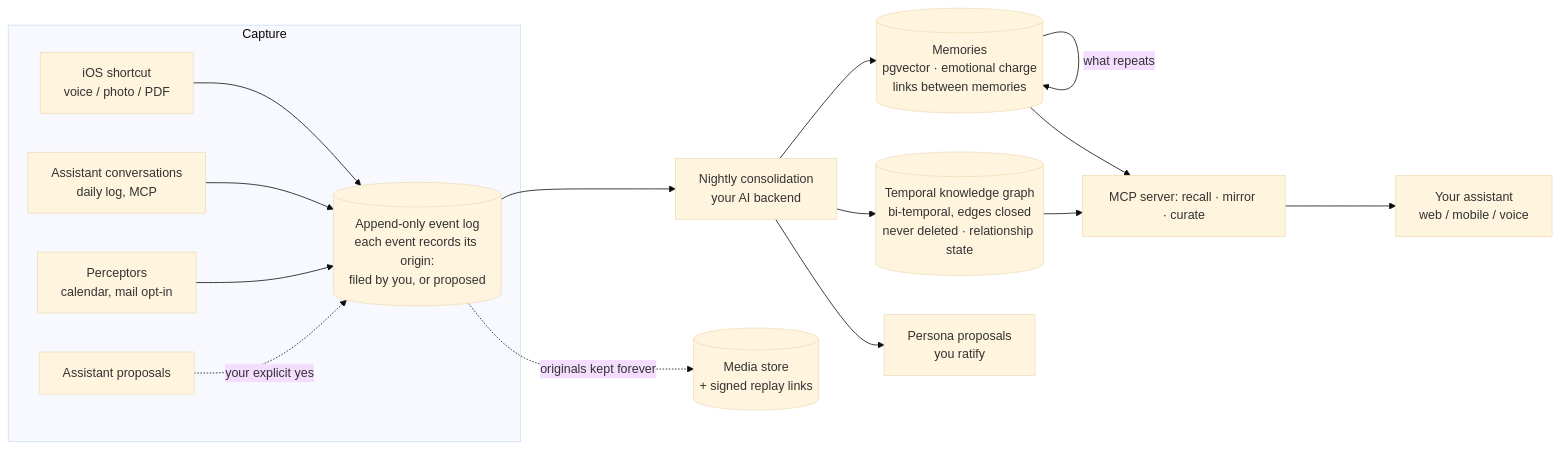
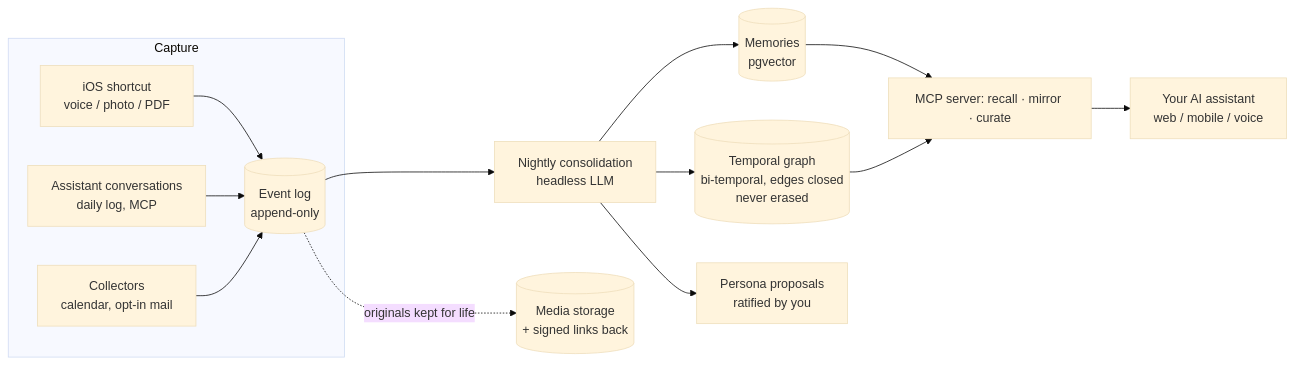
One commit to Pensine/souvenance.me changed the diagram in README.md. Above: the diagram before and after it, drawn with Mermaid (base theme). The commit also changed other lines of this file and 246 other files, not shown here.

````diff
--- a/README.md
+++ b/README.md
@@ -89,17 +105,15 @@
 ```mermaid
 flowchart LR
     subgraph capture [Capture]
         A[iOS shortcut<br>voice / photo / PDF] --> E
         B[Assistant conversations<br>daily log, MCP] --> E
-        C[Perceptors<br>calendar, mail opt-in] --> E
-        D[Assistant proposals] -.your explicit yes.-> E
+        C[Collectors<br>calendar, opt-in mail] --> E
     end
-    E[(Append-only event log<br>each event records its origin:<br>filed by you, or proposed)] --> N[Nightly consolidation<br>your AI backend]
-    N --> M[(Memories<br>pgvector · emotional charge<br>links between memories)]
-    N --> G[(Temporal knowledge graph<br>bi-temporal, edges closed<br>never deleted · relationship state)]
-    N --> P[Persona proposals<br>you ratify]
-    M -->|what repeats| M
+    E[(Event log<br>append-only)] --> N[Nightly consolidation<br>headless LLM]
+    N --> M[(Memories<br>pgvector)]
+    N --> G[(Temporal graph<br>bi-temporal, edges closed<br>never erased)]
+    N --> P[Persona proposals<br>ratified by you]
     M & G --> R[MCP server: recall · mirror · curate]
-    R --> AS[Your assistant<br>web / mobile / voice]
-    E -.originals kept forever.-> S[(Media store<br>+ signed replay links)]
+    R --> AI[Your AI assistant<br>web / mobile / voice]
+    E -.originals kept for life.-> S[(Media storage<br>+ signed links back)]
 ```
````
